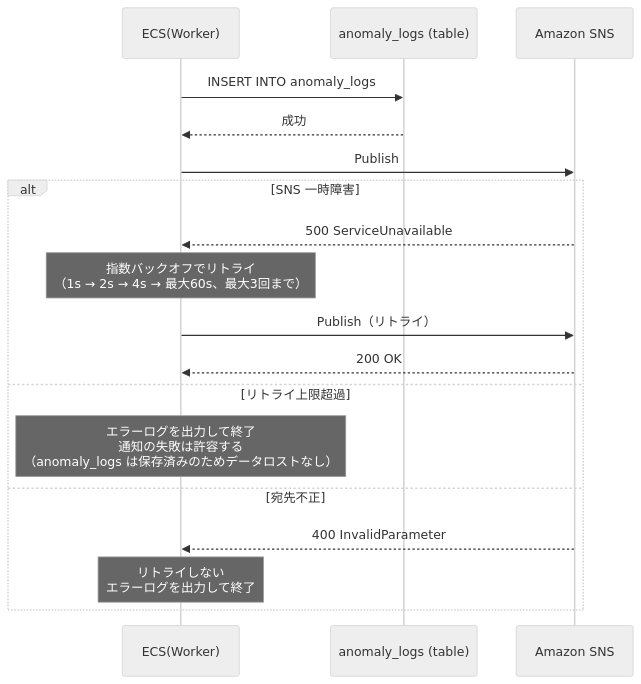
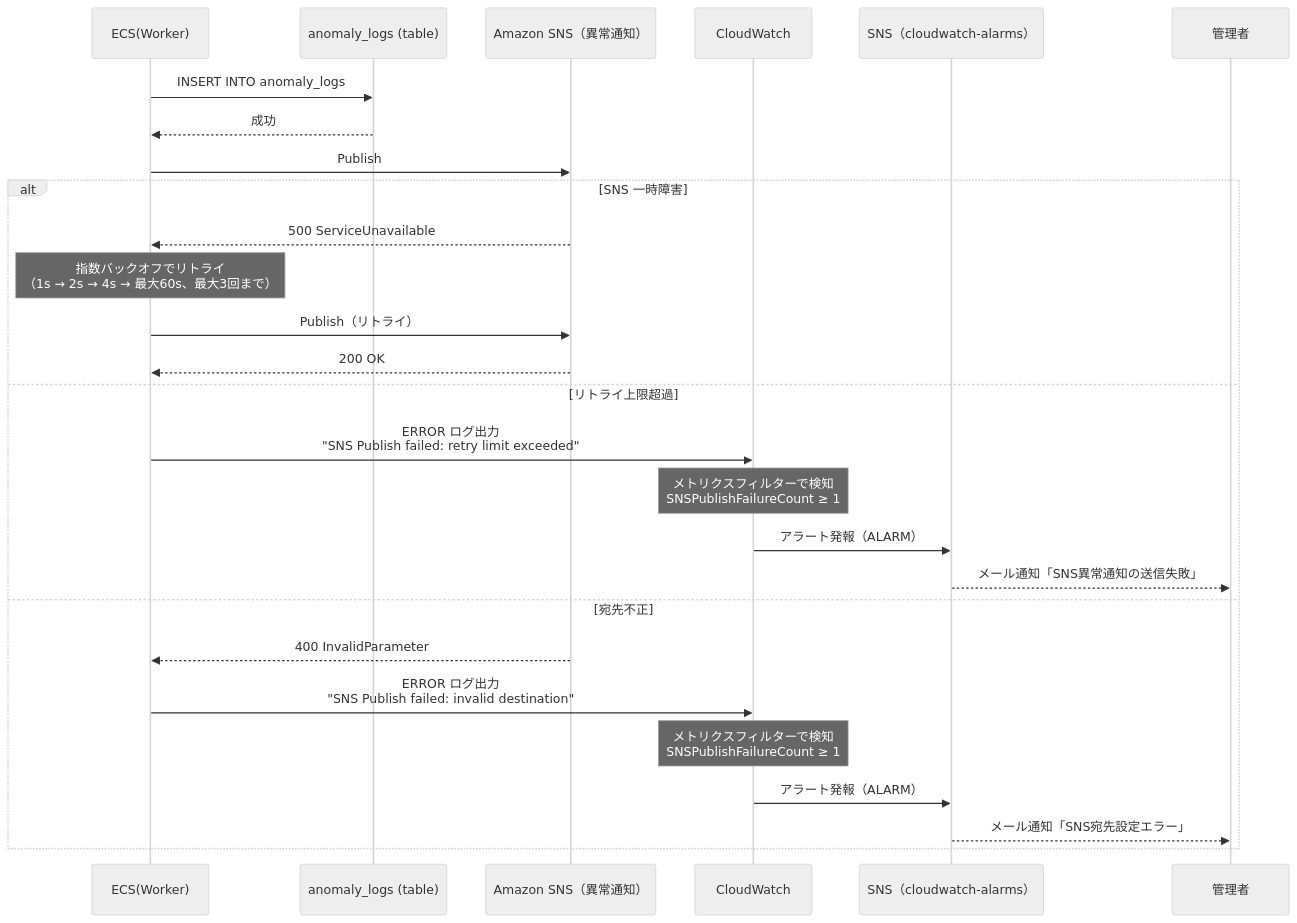
One commit to riaton/home-smart-factory changed the fourth of 4 diagrams in docs/basic_design/sequence/異常検知.md. Above: the diagram before and after it, drawn with Mermaid (neutral theme). The commit also changed other lines of this file and 6 other files, not shown here.

````diff
--- a/docs/basic_design/sequence/異常検知.md
+++ b/docs/basic_design/sequence/異常検知.md
@@ -100,22 +105,31 @@
 ```mermaid
 sequenceDiagram
     participant Worker as ECS(Worker)
     participant Logs as anomaly_logs (table)
-    participant SNS as Amazon SNS
+    participant SNS as Amazon SNS（異常通知）
+    participant CW as CloudWatch
+    participant SNSAdmin as SNS（cloudwatch-alarms）
+    participant Admin as 管理者
 
     Worker->>Logs: INSERT INTO anomaly_logs
     Logs-->>Worker: 成功
 
     Worker->>SNS: Publish
     alt SNS 一時障害
         SNS-->>Worker: 500 ServiceUnavailable
         Note over Worker: 指数バックオフでリトライ<br/>（1s → 2s → 4s → 最大60s、最大3回まで）
         Worker->>SNS: Publish（リトライ）
         SNS-->>Worker: 200 OK
     else リトライ上限超過
-        Note over Worker: エラーログを出力して終了<br/>通知の失敗は許容する<br/>（anomaly_logs は保存済みのためデータロストなし）
+        Worker->>CW: ERROR ログ出力<br/>"SNS Publish failed: retry limit exceeded"
+        Note over CW: メトリクスフィルターで検知<br/>SNSPublishFailureCount ≥ 1
+        CW->>SNSAdmin: アラート発報（ALARM）
+        SNSAdmin-->>Admin: メール通知「SNS異常通知の送信失敗」
     else 宛先不正
         SNS-->>Worker: 400 InvalidParameter
-        Note over Worker: リトライしない<br/>エラーログを出力して終了
+        Worker->>CW: ERROR ログ出力<br/>"SNS Publish failed: invalid destination"
+        Note over CW: メトリクスフィルターで検知<br/>SNSPublishFailureCount ≥ 1
+        CW->>SNSAdmin: アラート発報（ALARM）
+        SNSAdmin-->>Admin: メール通知「SNS宛先設定エラー」
     end
 ```
````
